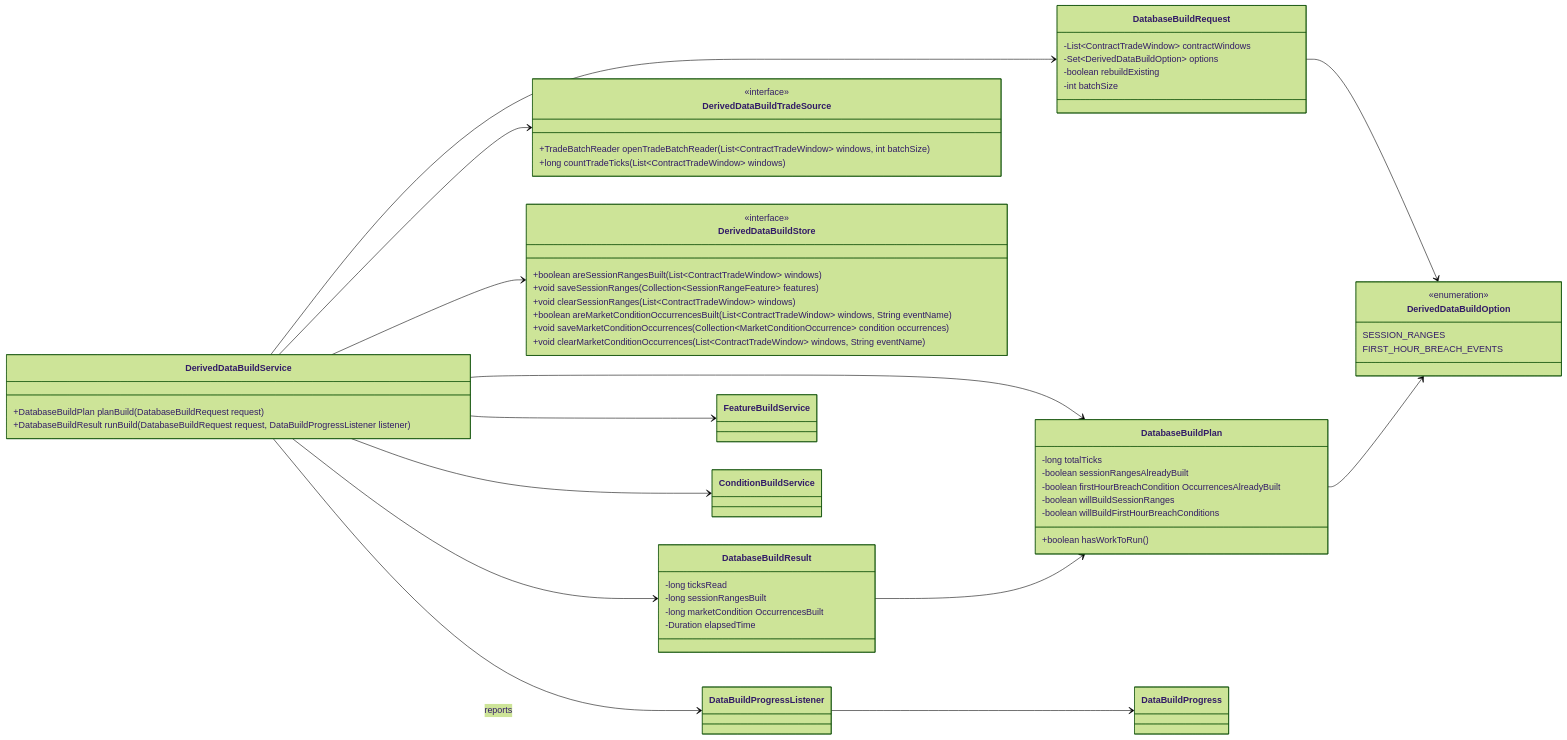
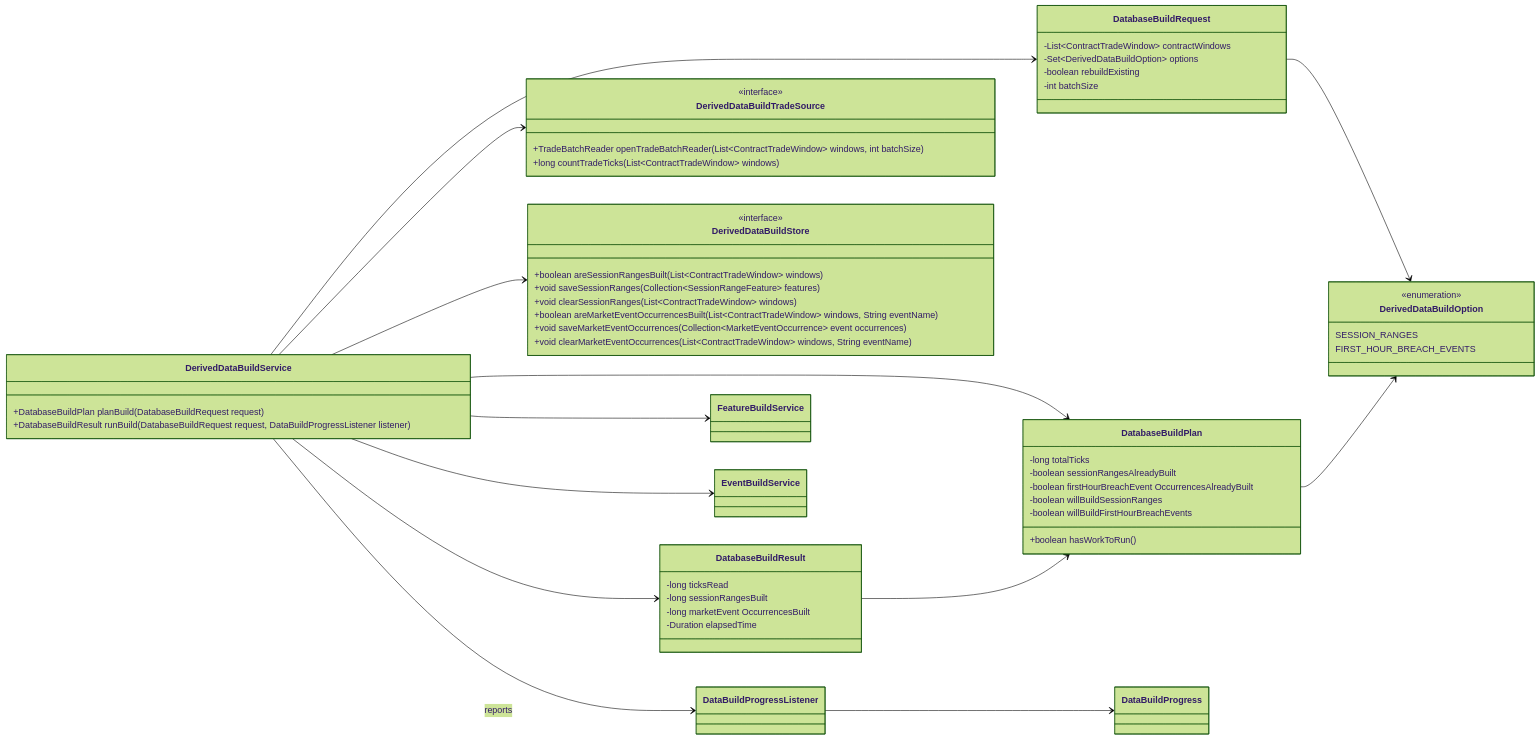
Before and after one commit to probst-paul/FORGE: the seventh of 22 diagrams in class-model.md, drawn with Mermaid (forest theme). The commit also changed other lines of this file and 74 other files, not shown here.

First line of the commit message:
Standardize market events and remove obsolete placeholders

````diff
--- a/class-model.md
+++ b/class-model.md
@@ -445,70 +445,70 @@
 ```mermaid
 classDiagram
     direction LR
 
     class DatabaseBuildRequest {
         -List~ContractTradeWindow~ contractWindows
         -Set~DerivedDataBuildOption~ options
         -boolean rebuildExisting
         -int batchSize
     }
 
     class DatabaseBuildPlan {
         -long totalTicks
         -boolean sessionRangesAlreadyBuilt
-        -boolean firstHourBreachCondition OccurrencesAlreadyBuilt
+        -boolean firstHourBreachEvent OccurrencesAlreadyBuilt
         -boolean willBuildSessionRanges
-        -boolean willBuildFirstHourBreachConditions
+        -boolean willBuildFirstHourBreachEvents
         +boolean hasWorkToRun()
     }
 
     class DatabaseBuildResult {
         -long ticksRead
         -long sessionRangesBuilt
-        -long marketCondition OccurrencesBuilt
+        -long marketEvent OccurrencesBuilt
         -Duration elapsedTime
     }
 
     class DerivedDataBuildService {
         +DatabaseBuildPlan planBuild(DatabaseBuildRequest request)
         +DatabaseBuildResult runBuild(DatabaseBuildRequest request, DataBuildProgressListener listener)
     }
 
     class DerivedDataBuildOption {
         <<enumeration>>
         SESSION_RANGES
         FIRST_HOUR_BREACH_EVENTS
     }
 
     class DerivedDataBuildTradeSource {
         <<interface>>
         +TradeBatchReader openTradeBatchReader(List~ContractTradeWindow~ windows, int batchSize)
         +long countTradeTicks(List~ContractTradeWindow~ windows)
     }
 
     class DerivedDataBuildStore {
         <<interface>>
         +boolean areSessionRangesBuilt(List~ContractTradeWindow~ windows)
         +void saveSessionRanges(Collection~SessionRangeFeature~ features)
         +void clearSessionRanges(List~ContractTradeWindow~ windows)
-        +boolean areMarketConditionOccurrencesBuilt(List~ContractTradeWindow~ windows, String eventName)
-        +void saveMarketConditionOccurrences(Collection~MarketConditionOccurrence~ condition occurrences)
-        +void clearMarketConditionOccurrences(List~ContractTradeWindow~ windows, String eventName)
+        +boolean areMarketEventOccurrencesBuilt(List~ContractTradeWindow~ windows, String eventName)
+        +void saveMarketEventOccurrences(Collection~MarketEventOccurrence~ event occurrences)
+        +void clearMarketEventOccurrences(List~ContractTradeWindow~ windows, String eventName)
     }
 
     class DataBuildProgress
     class DataBuildProgressListener
 
     DerivedDataBuildService --> DatabaseBuildRequest
     DerivedDataBuildService --> DatabaseBuildPlan
     DerivedDataBuildService --> DatabaseBuildResult
     DerivedDataBuildService --> DerivedDataBuildTradeSource
     DerivedDataBuildService --> DerivedDataBuildStore
     DerivedDataBuildService --> FeatureBuildService
-    DerivedDataBuildService --> ConditionBuildService
+    DerivedDataBuildService --> EventBuildService
     DatabaseBuildRequest --> DerivedDataBuildOption
     DatabaseBuildPlan --> DerivedDataBuildOption
     DatabaseBuildResult --> DatabaseBuildPlan
     DerivedDataBuildService --> DataBuildProgressListener : reports
     DataBuildProgressListener --> DataBuildProgress
 ```
````
